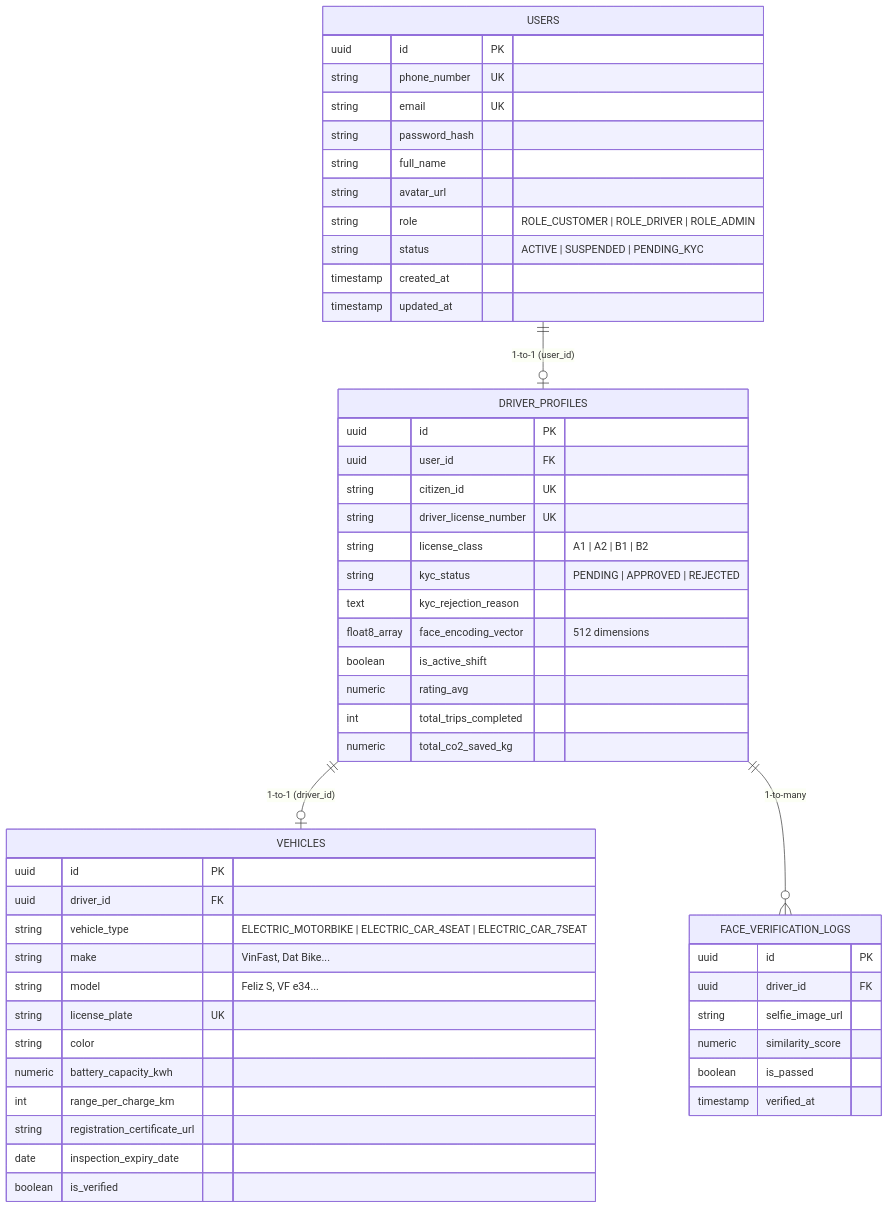
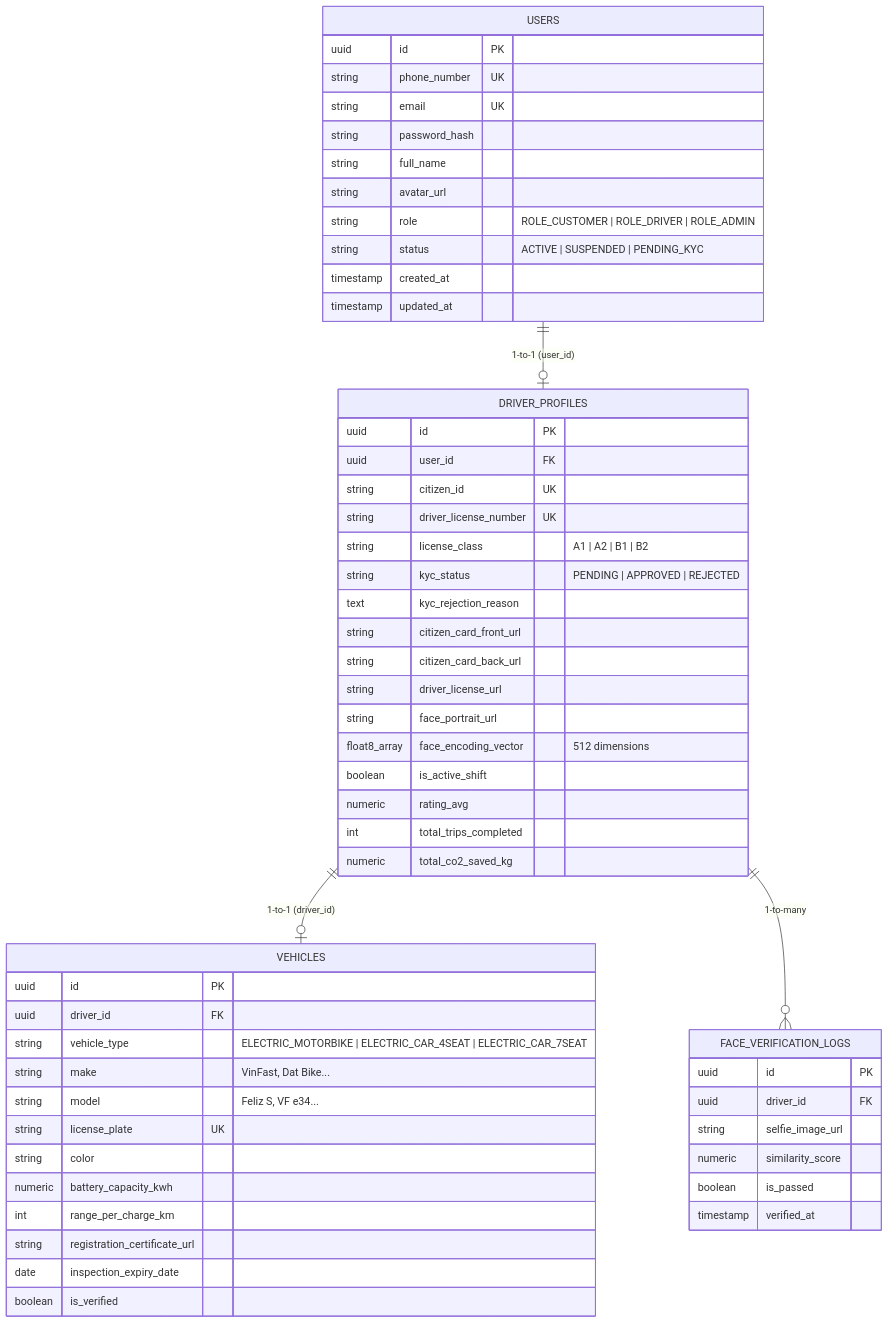
The second of 2 diagrams in docs/sprints/SPRINT_1_SPEC.md (hathuanihi/green-mobility), drawn with Mermaid before and after one commit. The commit also changed other lines of this file and 29 other files, not shown here.

Commit message:
feat: complete backend kyc flow, face verification and sync admin web

````diff
--- a/docs/sprints/SPRINT_1_SPEC.md
+++ b/docs/sprints/SPRINT_1_SPEC.md
@@ -48,58 +48,62 @@
 ```mermaid
 erDiagram
     USERS ||--o| DRIVER_PROFILES : "1-to-1 (user_id)"
     DRIVER_PROFILES ||--o| VEHICLES : "1-to-1 (driver_id)"
     DRIVER_PROFILES ||--o{ FACE_VERIFICATION_LOGS : "1-to-many"
 
     USERS {
         uuid id PK
         string phone_number UK
         string email UK
         string password_hash
         string full_name
         string avatar_url
         string role "ROLE_CUSTOMER | ROLE_DRIVER | ROLE_ADMIN"
         string status "ACTIVE | SUSPENDED | PENDING_KYC"
         timestamp created_at
         timestamp updated_at
     }
 
     DRIVER_PROFILES {
         uuid id PK
         uuid user_id FK
         string citizen_id UK
         string driver_license_number UK
         string license_class "A1 | A2 | B1 | B2"
         string kyc_status "PENDING | APPROVED | REJECTED"
         text kyc_rejection_reason
+        string citizen_card_front_url
+        string citizen_card_back_url
+        string driver_license_url
+        string face_portrait_url
         float8_array face_encoding_vector "512 dimensions"
         boolean is_active_shift
         numeric rating_avg
         int total_trips_completed
         numeric total_co2_saved_kg
     }
 
     VEHICLES {
         uuid id PK
         uuid driver_id FK
         string vehicle_type "ELECTRIC_MOTORBIKE | ELECTRIC_CAR_4SEAT | ELECTRIC_CAR_7SEAT"
         string make "VinFast, Dat Bike..."
         string model "Feliz S, VF e34..."
         string license_plate UK
         string color
         numeric battery_capacity_kwh
         int range_per_charge_km
         string registration_certificate_url
         date inspection_expiry_date
         boolean is_verified
     }
 
     FACE_VERIFICATION_LOGS {
         uuid id PK
         uuid driver_id FK
         string selfie_image_url
         numeric similarity_score
         boolean is_passed
         timestamp verified_at
     }
 ```
````
